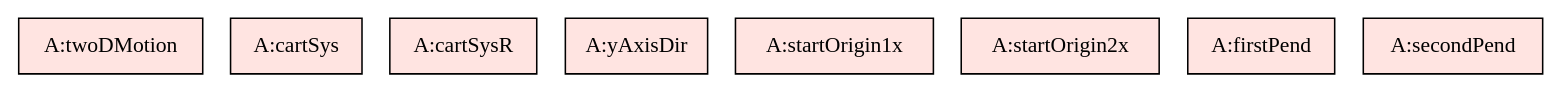
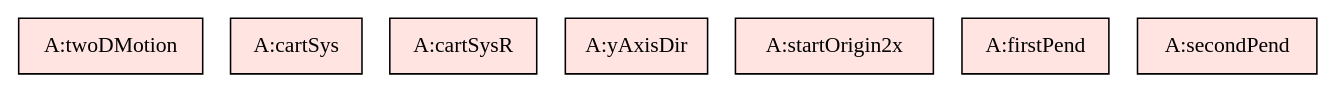
Before and after one commit to JacquesCarette/Drasil: the diagram in code/stable/dblpend/TraceyGraph/avsa.dot, drawn with Graphviz. The commit also changed 20 other files, not shown here.

Commit message:
#4036 : (dbl|sgl)pend: Fix startOrigin assumptions.

```diff
--- a/code/stable/dblpend/TraceyGraph/avsa.dot
+++ b/code/stable/dblpend/TraceyGraph/avsa.dot
@@ -1,18 +1,17 @@
 digraph avsa {
 
 
 	twoDMotion	[shape=box, color=black, style=filled, fillcolor=mistyrose, label="A:twoDMotion"];
 	cartSys	[shape=box, color=black, style=filled, fillcolor=mistyrose, label="A:cartSys"];
 	cartSysR	[shape=box, color=black, style=filled, fillcolor=mistyrose, label="A:cartSysR"];
 	yAxisDir	[shape=box, color=black, style=filled, fillcolor=mistyrose, label="A:yAxisDir"];
-	startOrigin1x	[shape=box, color=black, style=filled, fillcolor=mistyrose, label="A:startOrigin1x"];
 	startOrigin2x	[shape=box, color=black, style=filled, fillcolor=mistyrose, label="A:startOrigin2x"];
 	firstPend	[shape=box, color=black, style=filled, fillcolor=mistyrose, label="A:firstPend"];
 	secondPend	[shape=box, color=black, style=filled, fillcolor=mistyrose, label="A:secondPend"];
 
 	subgraph A {
 	rank="same"
-	{twoDMotion, cartSys, cartSysR, yAxisDir, startOrigin1x, startOrigin2x, firstPend, secondPend}
+	{twoDMotion, cartSys, cartSysR, yAxisDir, startOrigin2x, firstPend, secondPend}
 	}
 
 }
```
